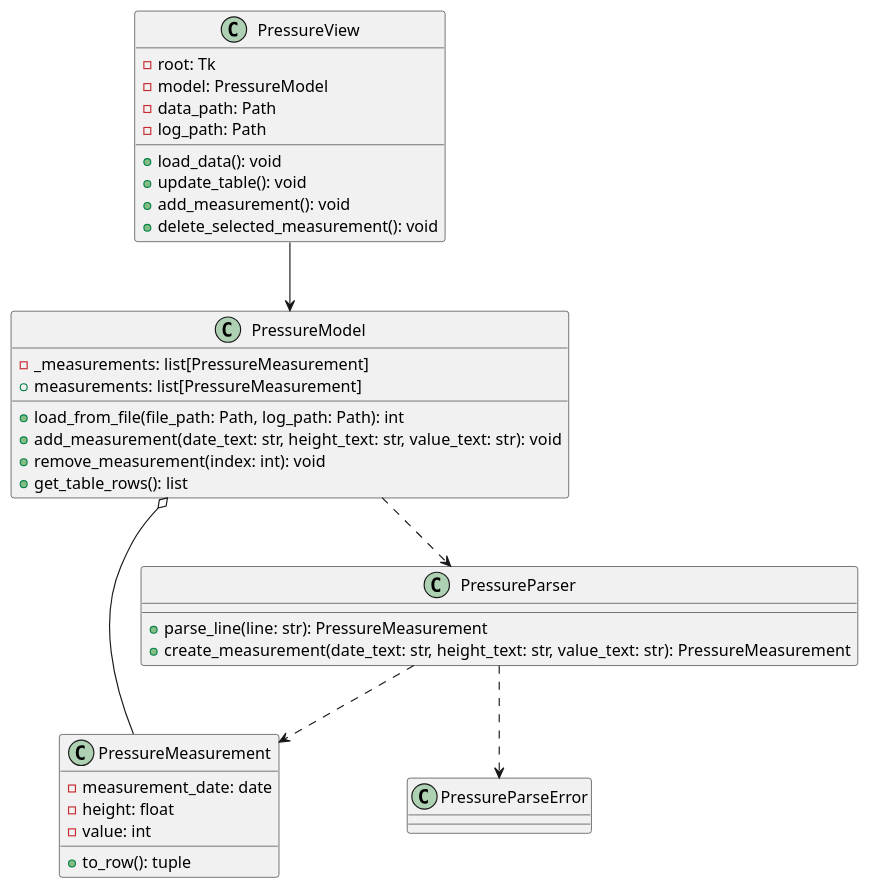
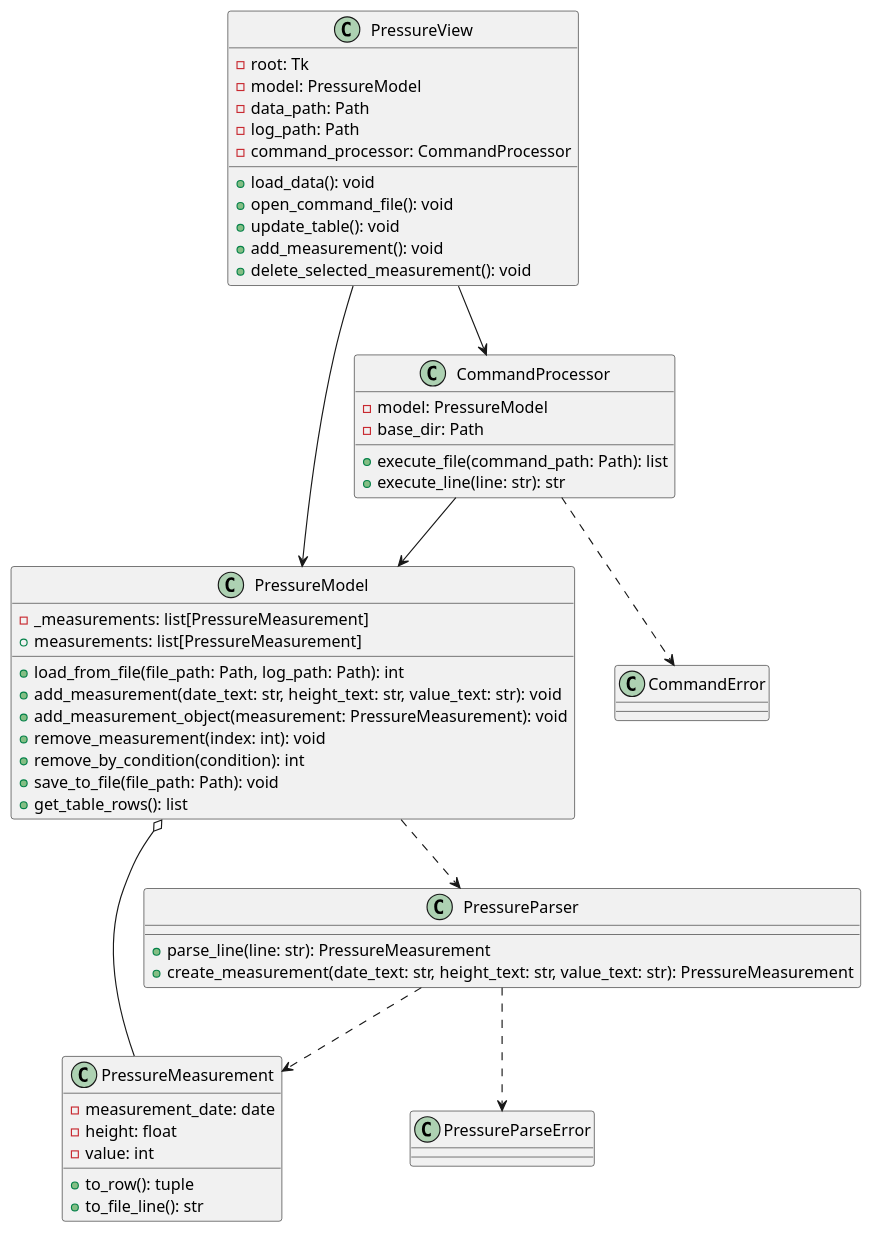
Before and after one commit to rickdaltons/pressure-labs: the diagram in uml.puml, drawn with PlantUML. The commit also changed 5 other files, not shown here.

```diff
--- a/uml.puml
+++ b/uml.puml
@@ -1,44 +1,63 @@
 @startuml
 
 class PressureMeasurement {
     - measurement_date: date
     - height: float
     - value: int
     + to_row(): tuple
+    + to_file_line(): str
 }
 
 class PressureParseError {
+}
+
+class CommandError {
 }
 
 class PressureParser {
     + parse_line(line: str): PressureMeasurement
     + create_measurement(date_text: str, height_text: str, value_text: str): PressureMeasurement
 }
 
 class PressureModel {
     - _measurements: list[PressureMeasurement]
     + measurements: list[PressureMeasurement]
     + load_from_file(file_path: Path, log_path: Path): int
     + add_measurement(date_text: str, height_text: str, value_text: str): void
+    + add_measurement_object(measurement: PressureMeasurement): void
     + remove_measurement(index: int): void
+    + remove_by_condition(condition): int
+    + save_to_file(file_path: Path): void
     + get_table_rows(): list
+}
+
+class CommandProcessor {
+    - model: PressureModel
+    - base_dir: Path
+    + execute_file(command_path: Path): list
+    + execute_line(line: str): str
 }
 
 class PressureView {
     - root: Tk
     - model: PressureModel
     - data_path: Path
     - log_path: Path
+    - command_processor: CommandProcessor
     + load_data(): void
+    + open_command_file(): void
     + update_table(): void
     + add_measurement(): void
     + delete_selected_measurement(): void
 }
 
 PressureParser ..> PressureMeasurement
 PressureParser ..> PressureParseError
 PressureModel o-- PressureMeasurement
 PressureModel ..> PressureParser
+CommandProcessor --> PressureModel
+CommandProcessor ..> CommandError
 PressureView --> PressureModel
+PressureView --> CommandProcessor
 
 @enduml
```
